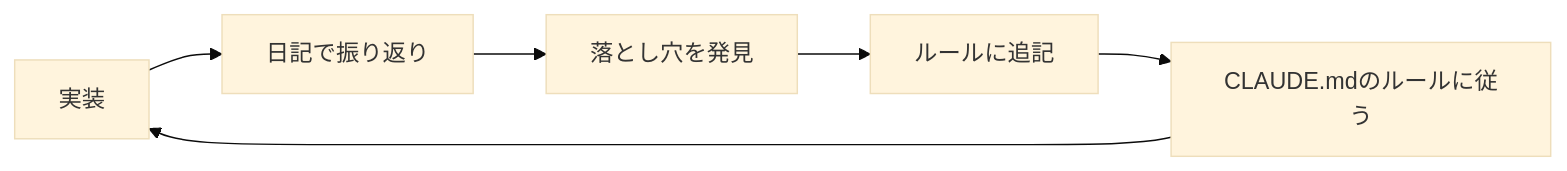
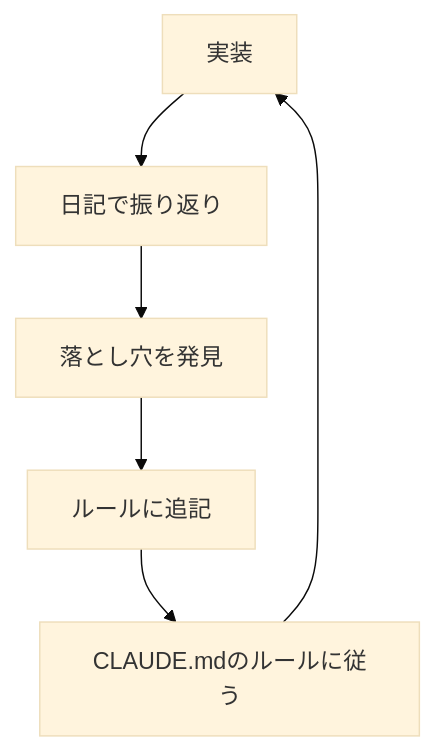
The diagram in docs/articles/ai-collaboration-at-scale.md (nnsi/cpa-study-note), drawn with Mermaid (base theme) before and after one commit. The commit also changed other lines of this file, not shown here.

````diff
--- a/docs/articles/ai-collaboration-at-scale.md
+++ b/docs/articles/ai-collaboration-at-scale.md
@@ -41,8 +41,8 @@
 ```mermaid
-graph LR
+graph TD
   A[実装] --> B[日記で振り返り]
   B --> C[落とし穴を発見]
   C --> D[ルールに追記]
   D --> E[CLAUDE.mdのルールに従う]
   E --> A
 ```
````
